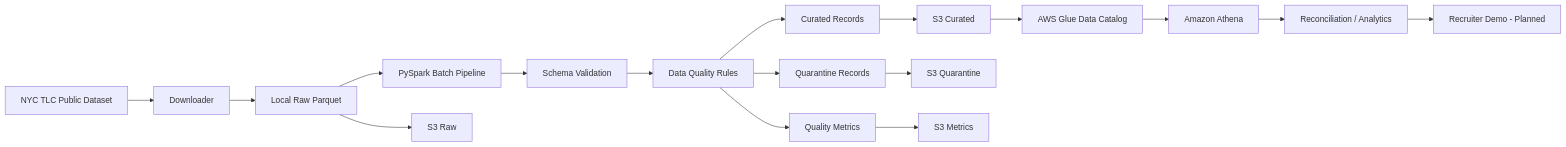
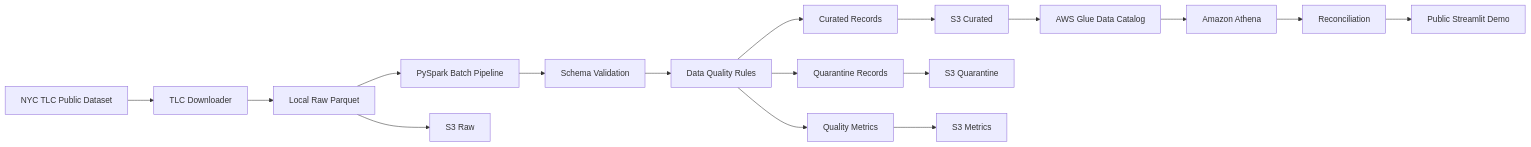
The diagram in README.md (TheOrthman/transitflow), drawn with Mermaid before and after one commit. The commit also changed other lines of this file, not shown here.

Commit message:
Finalize TransitFlow recruiter-facing documentation

````diff
--- a/README.md
+++ b/README.md
@@ -71,26 +80,26 @@
 ```mermaid
 flowchart LR
-    A[NYC TLC Public Dataset] --> B[Downloader]
+    A[NYC TLC Public Dataset] --> B[TLC Downloader]
 
     B --> C[Local Raw Parquet]
 
     C --> D[PySpark Batch Pipeline]
 
     D --> E[Schema Validation]
     E --> F[Data Quality Rules]
 
     F --> G[Curated Records]
     F --> H[Quarantine Records]
     F --> I[Quality Metrics]
 
     C --> J[S3 Raw]
     G --> K[S3 Curated]
     H --> L[S3 Quarantine]
     I --> M[S3 Metrics]
 
     K --> N[AWS Glue Data Catalog]
     N --> O[Amazon Athena]
 
-    O --> P[Reconciliation / Analytics]
-    P --> Q[Recruiter Demo - Planned]
+    O --> P[Reconciliation]
+    P --> Q[Public Streamlit Demo]
 ```
````
